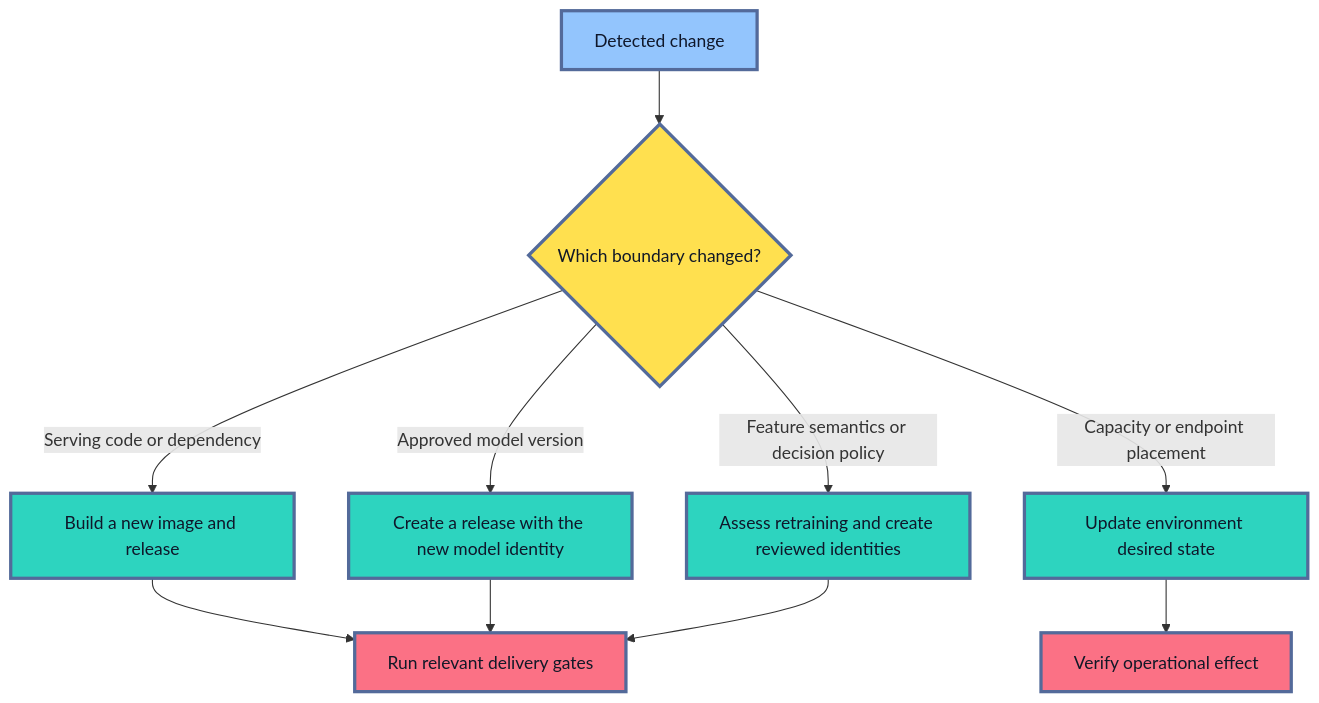
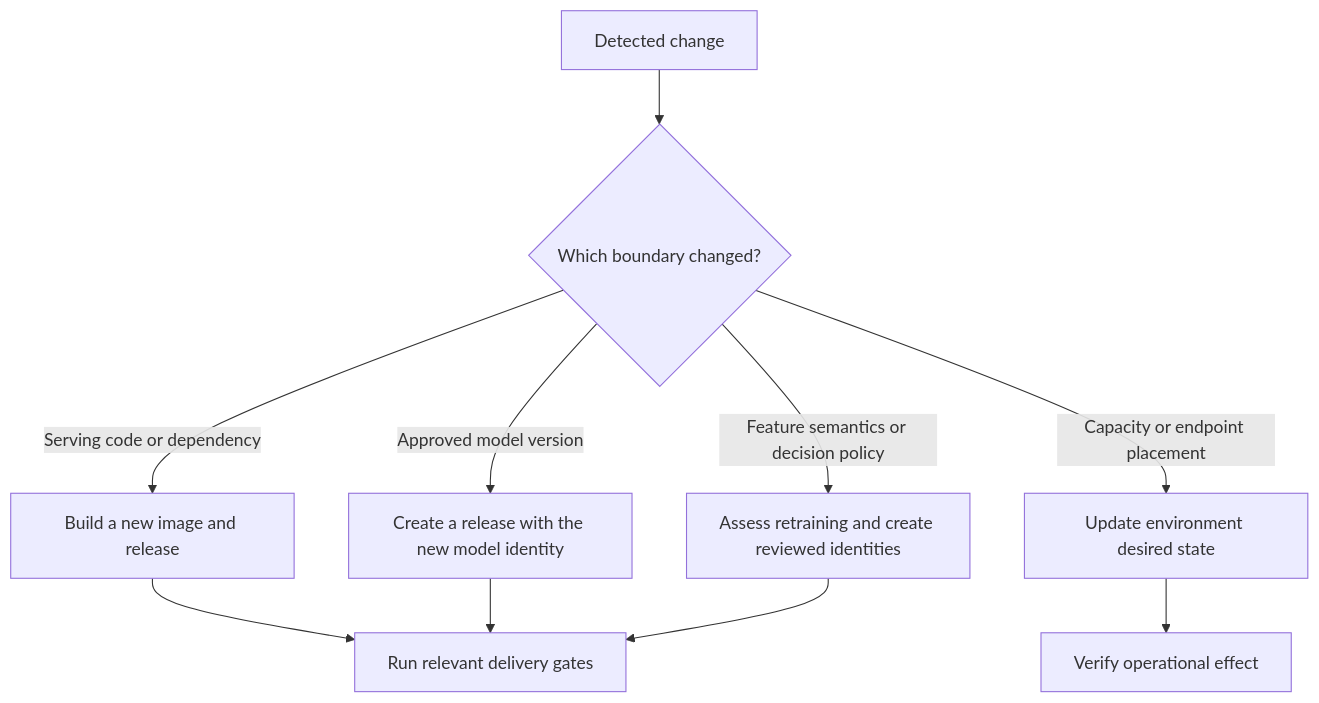
One commit to senlinyy/dev-roadmaps changed the third of 4 diagrams in roadmaps/mlops/modules/deployment-and-release-management/model-release-basics/05-cd-for-model-services.md. Above: the diagram before and after it, drawn with Mermaid. The commit also changed other lines of this file and 152 other files, not shown here.

Commit message:
feat: mlops and diagrams updated

````diff
--- a/roadmaps/mlops/modules/deployment-and-release-management/model-release-basics/05-cd-for-model-services.md
+++ b/roadmaps/mlops/modules/deployment-and-release-management/model-release-basics/05-cd-for-model-services.md
@@ -148,21 +140,17 @@
 ```mermaid
 flowchart TD
     A["Detected change"] --> B{"Which boundary changed?"}
     B -->|"Serving code or dependency"| C["Build a new image and release"]
     B -->|"Approved model version"| D["Create a release with the new model identity"]
     B -->|"Feature semantics or decision policy"| E["Assess retraining and create reviewed identities"]
     B -->|"Capacity or endpoint placement"| F["Update environment desired state"]
     C --> G["Run relevant delivery gates"]
     D --> G
     E --> G
     F --> H["Verify operational effect"]
 
-    classDef trigger fill:#93C5FD,stroke:#536A9A,stroke-width:3px,color:#0F172A
-    classDef choice fill:#FFE04F,stroke:#536A9A,stroke-width:3px,color:#111827
-    classDef release fill:#2DD4BF,stroke:#536A9A,stroke-width:3px,color:#0F172A
-    classDef verify fill:#FB7185,stroke:#536A9A,stroke-width:3px,color:#111827
     class A trigger
     class B choice
     class C,D,E,F release
     class G,H verify
 ```
````
